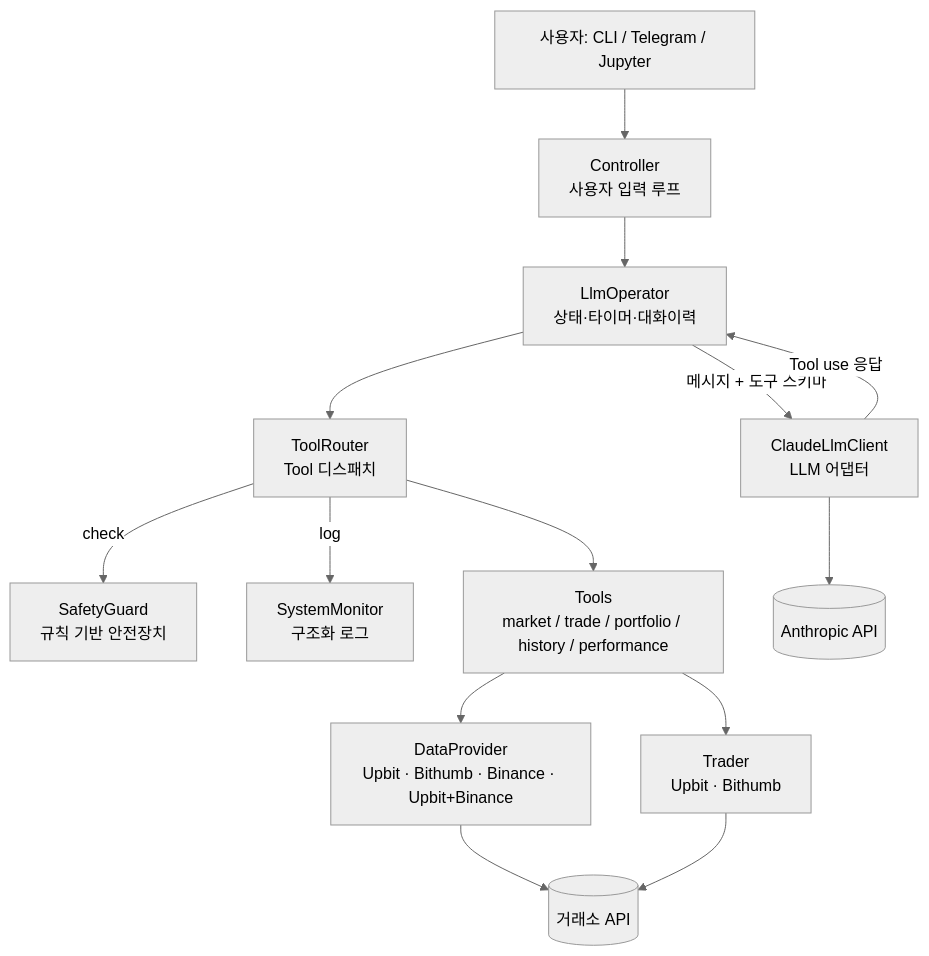
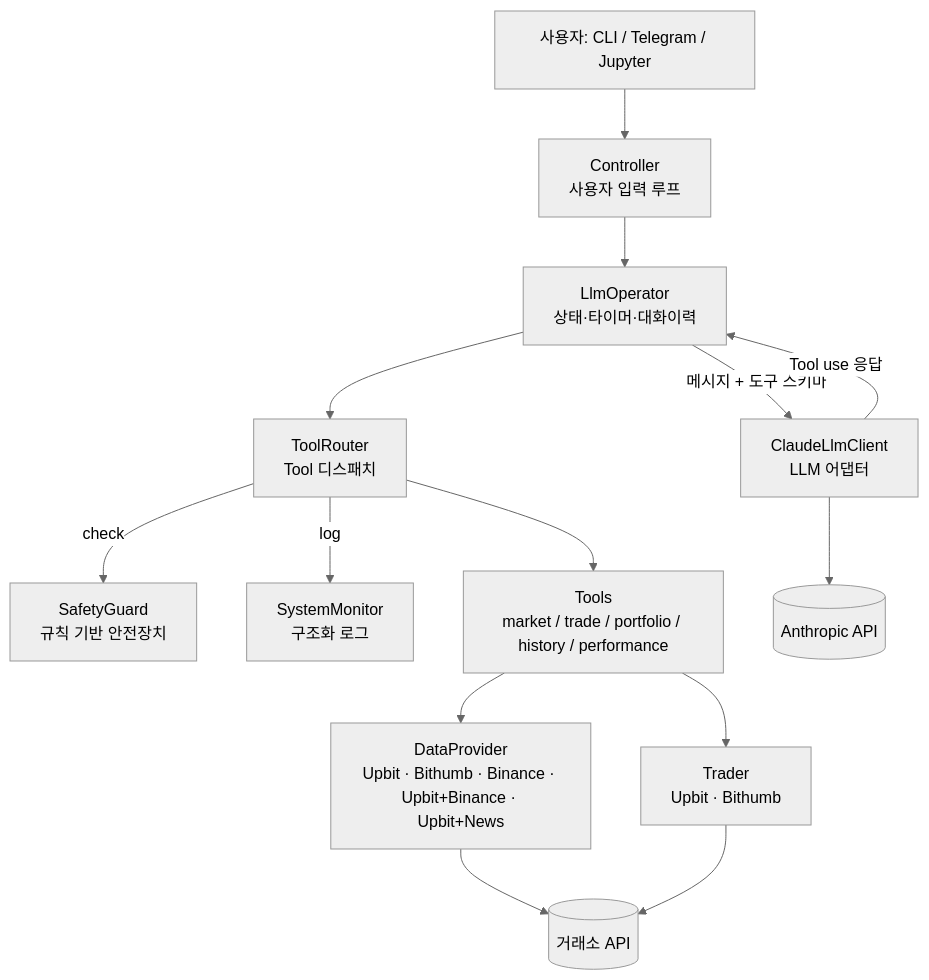
One commit to msaltnet/smtm changed the first of 4 diagrams in docs/public/architecture.md. Above: the diagram before and after it, drawn with Mermaid (neutral theme). The commit also changed other lines of this file and 14 other files, not shown here.

First line of the commit message:
[feat] support text-type data in DataProvider and add news-enabled provider

````diff
--- a/docs/public/architecture.md
+++ b/docs/public/architecture.md
@@ -14,29 +14,29 @@
 ```mermaid
 graph TD
     User[사용자: CLI / Telegram / Jupyter]
     Controller[Controller\n사용자 입력 루프]
     Operator[LlmOperator\n상태·타이머·대화이력]
     LLM[ClaudeLlmClient\nLLM 어댑터]
     Router[ToolRouter\nTool 디스패치]
     Safety[SafetyGuard\n규칙 기반 안전장치]
     Monitor[SystemMonitor\n구조화 로그]
     Tools[Tools\nmarket / trade / portfolio / history / performance]
-    DP[DataProvider\nUpbit · Bithumb · Binance · Upbit+Binance]
+    DP[DataProvider\nUpbit · Bithumb · Binance · Upbit+Binance · Upbit+News]
     Trader[Trader\nUpbit · Bithumb]
     Ext1[(거래소 API)]
     Ext2[(Anthropic API)]
 
     User --> Controller
     Controller --> Operator
     Operator -->|메시지 + 도구 스키마| LLM
     LLM -->|Tool use 응답| Operator
     Operator --> Router
     Router -->|check| Safety
     Router -->|log| Monitor
     Router --> Tools
     Tools --> DP
     Tools --> Trader
     DP --> Ext1
     Trader --> Ext1
     LLM --> Ext2
 ```
````
